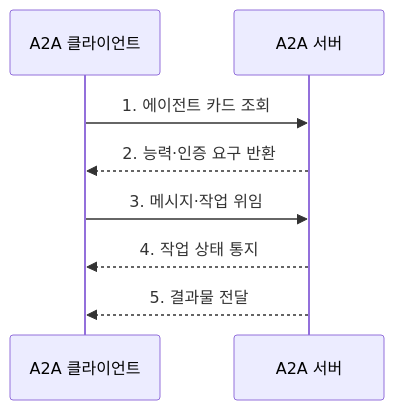
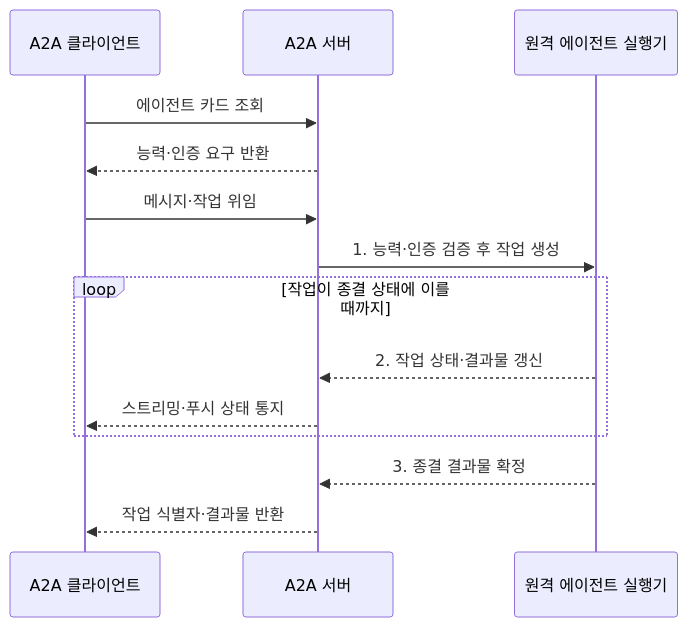
One commit to agnusdei1207/knowledge-base changed the second of 2 diagrams in src/content/docs/notes/08-latest-tech/012_agent_to_agent_protocol.md. Above: the diagram before and after it, drawn with Mermaid. The commit also changed other lines of this file and 225 other files, not shown here.

````diff
--- a/src/content/docs/notes/08-latest-tech/012_agent_to_agent_protocol.md
+++ b/src/content/docs/notes/08-latest-tech/012_agent_to_agent_protocol.md
@@ -80,10 +80,16 @@
 ```mermaid
 sequenceDiagram
     participant C as A2A 클라이언트
     participant S as A2A 서버
-    C->>S: 1. 에이전트 카드 조회
-    S-->>C: 2. 능력·인증 요구 반환
-    C->>S: 3. 메시지·작업 위임
-    S-->>C: 4. 작업 상태 통지
-    S-->>C: 5. 결과물 전달
+    participant W as 원격 에이전트 실행기
+    C->>S: 에이전트 카드 조회
+    S-->>C: 능력·인증 요구 반환
+    C->>S: 메시지·작업 위임
+    S->>W: 1. 능력·인증 검증 후 작업 생성
+    loop 작업이 종결 상태에 이를 때까지
+        W-->>S: 2. 작업 상태·결과물 갱신
+        S-->>C: 스트리밍·푸시 상태 통지
+    end
+    W-->>S: 3. 종결 결과물 확정
+    S-->>C: 작업 식별자·결과물 반환
 ```
````
